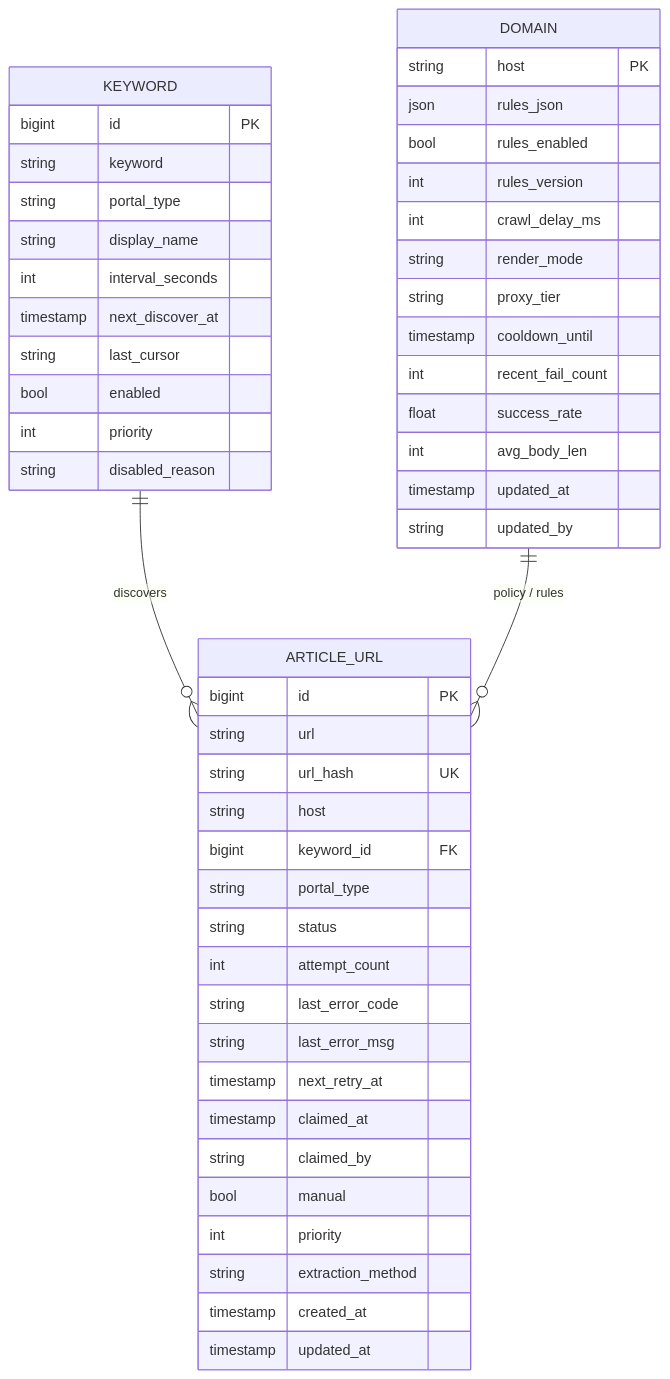
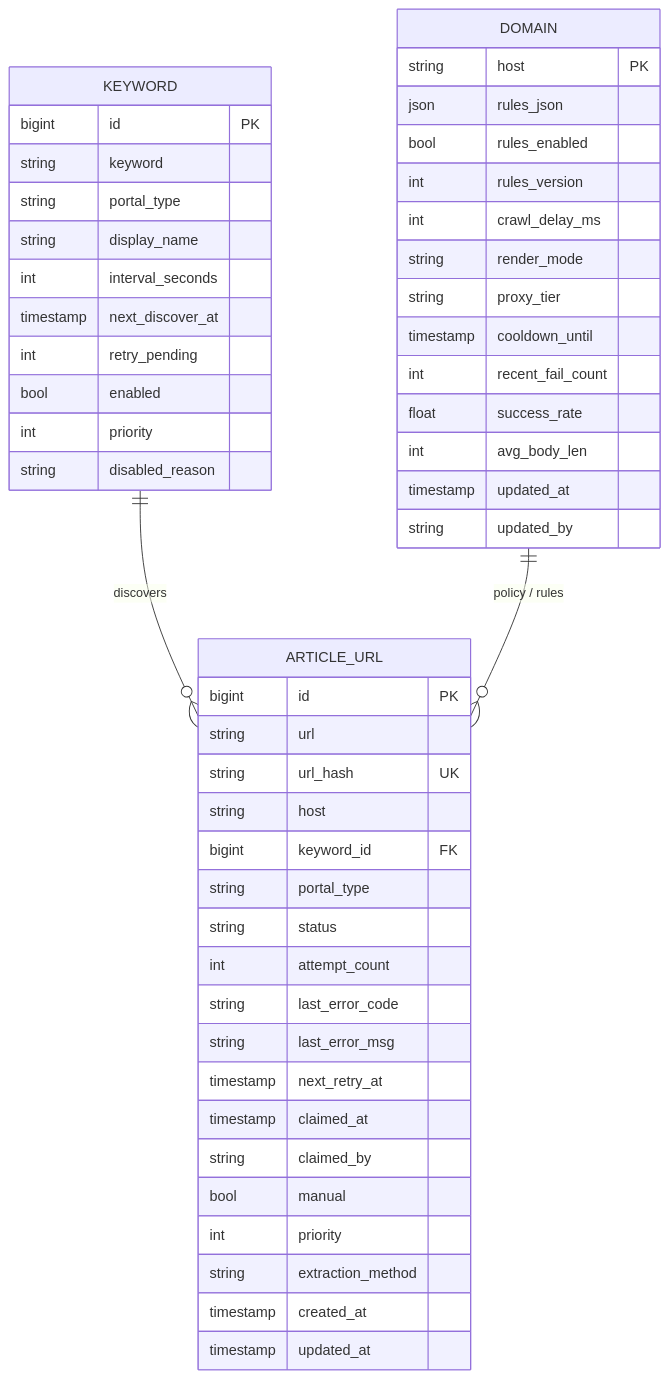
Before and after one commit to JHS-on-Lab/keyword-crawler: the second of 3 diagrams in docs/keyword-collector-design.md, drawn with Mermaid. The commit also changed other lines of this file and 7 other files, not shown here.

First line of the commit message:
refactor: last_cursor → retry_pending (TINYINT) 컬럼 교체

````diff
--- a/docs/keyword-collector-design.md
+++ b/docs/keyword-collector-design.md
@@ -132,52 +132,52 @@
 ```mermaid
 erDiagram
   KEYWORD ||--o{ ARTICLE_URL : discovers
   DOMAIN  ||--o{ ARTICLE_URL : "policy / rules"
   KEYWORD {
     bigint id PK
     string keyword
     string portal_type
     string display_name
     int interval_seconds
     timestamp next_discover_at
-    string last_cursor
+    int retry_pending
     bool enabled
     int priority
     string disabled_reason
   }
   ARTICLE_URL {
     bigint id PK
     string url
     string url_hash UK
     string host
     bigint keyword_id FK
     string portal_type
     string status
     int attempt_count
     string last_error_code
     string last_error_msg
     timestamp next_retry_at
     timestamp claimed_at
     string claimed_by
     bool manual
     int priority
     string extraction_method
     timestamp created_at
     timestamp updated_at
   }
   DOMAIN {
     string host PK
     json rules_json
     bool rules_enabled
     int rules_version
     int crawl_delay_ms
     string render_mode
     string proxy_tier
     timestamp cooldown_until
     int recent_fail_count
     float success_rate
     int avg_body_len
     timestamp updated_at
     string updated_by
   }
 ```
````
